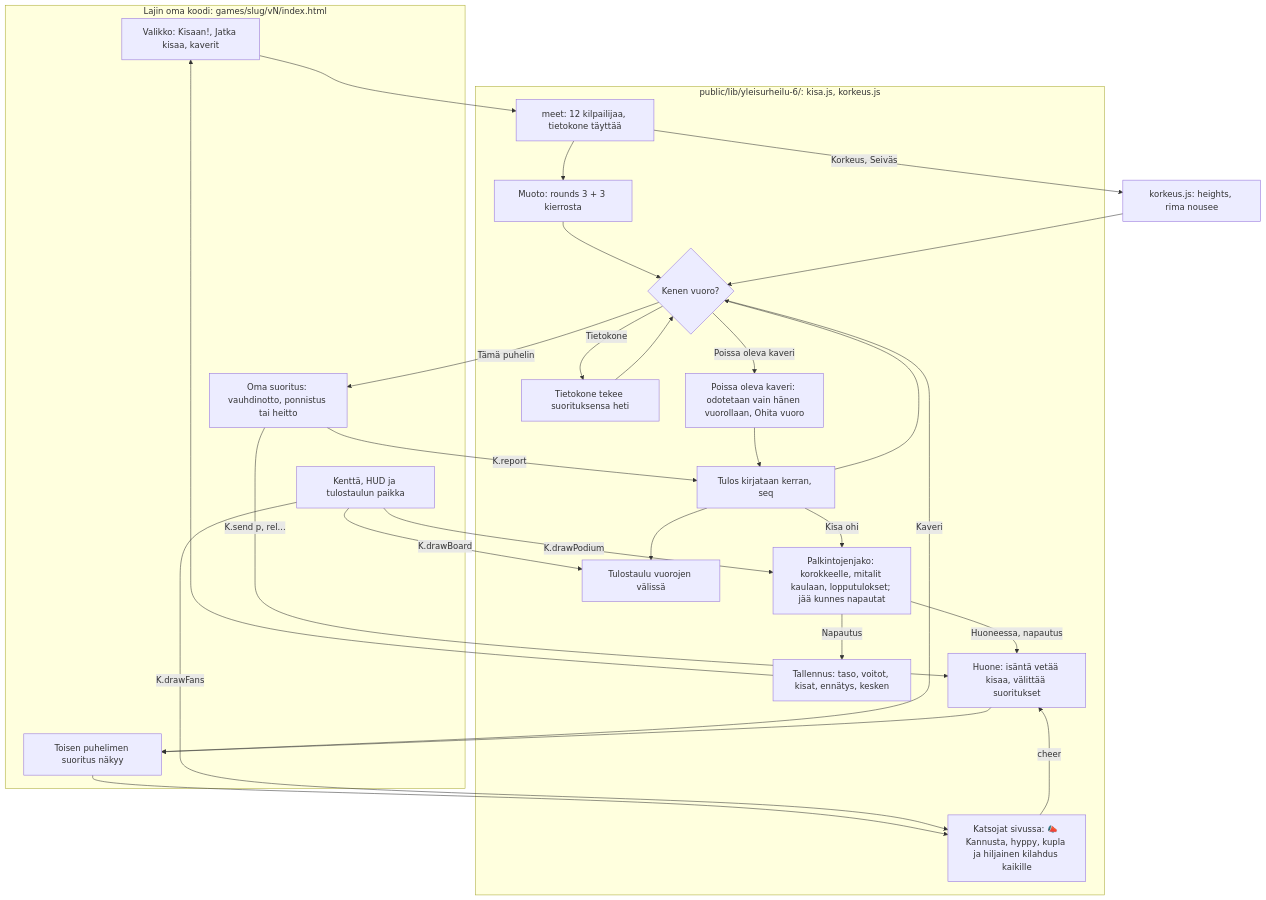
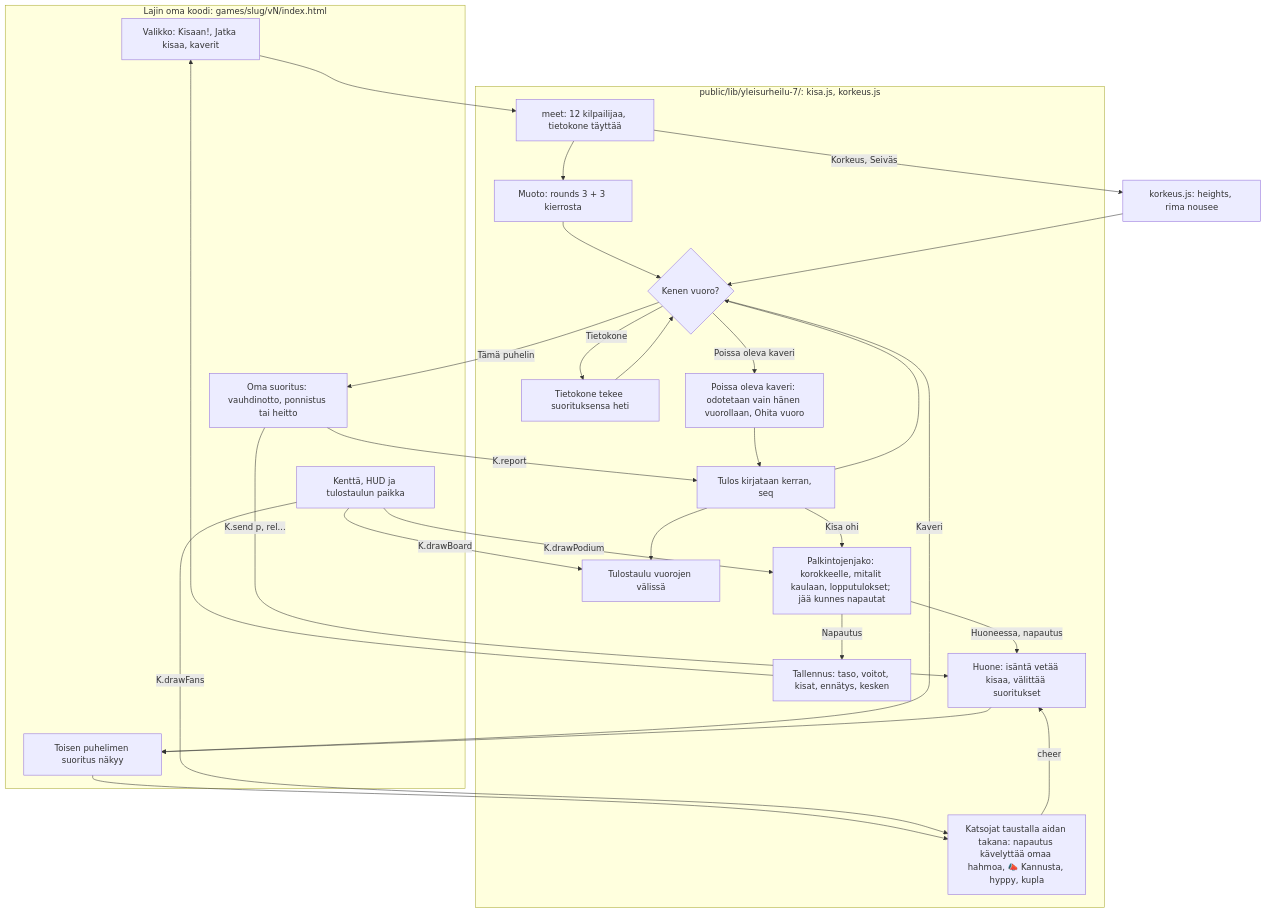
The diagram in docs/diagrams/yleisurheilu-kirjasto.md (eerovil/ai-pelit), drawn with Mermaid before and after one commit. The commit also changed other lines of this file and 25 other files, not shown here.

````diff
--- a/docs/diagrams/yleisurheilu-kirjasto.md
+++ b/docs/diagrams/yleisurheilu-kirjasto.md
@@ -20,46 +23,46 @@
 ```mermaid
 flowchart TD
   subgraph Peli[Lajin oma koodi: games/slug/vN/index.html]
     G1[Valikko: Kisaan!, Jatka kisaa, kaverit]
     G2[Oma suoritus: vauhdinotto, ponnistus tai heitto]
     G3[Toisen puhelimen suoritus näkyy]
     G4[Kenttä, HUD ja tulostaulun paikka]
   end
-  subgraph Kirjasto[public/lib/yleisurheilu-6/: kisa.js, korkeus.js]
+  subgraph Kirjasto[public/lib/yleisurheilu-7/: kisa.js, korkeus.js]
     K1[meet: 12 kilpailijaa, tietokone täyttää]
     K2[Muoto: rounds 3 + 3 kierrosta]
     K3{Kenen vuoro?}
     K4[Tietokone tekee suorituksensa heti]
     K5[Tulos kirjataan kerran, seq]
     K6[Tulostaulu vuorojen välissä]
     K9[Palkintojenjako: korokkeelle, mitalit kaulaan, lopputulokset; jää kunnes napautat]
     K7[Tallennus: taso, voitot, kisat, ennätys, kesken]
     K8[Huone: isäntä vetää kisaa, välittää suoritukset]
-    K10[Katsojat sivussa: 📣 Kannusta, hyppy, kupla ja hiljainen kilahdus kaikille]
+    K10[Katsojat taustalla aidan takana: napautus kävelyttää omaa hahmoa, 📣 Kannusta, hyppy, kupla]
     K11[Poissa oleva kaveri: odotetaan vain hänen vuorollaan, Ohita vuoro]
   end
   G1 --> K1 --> K2 --> K3
   K1 -- Korkeus, Seiväs --> H1[korkeus.js: heights, rima nousee]
   H1 --> K3
   K3 -- Tietokone --> K4 --> K3
   K3 -- Poissa oleva kaveri --> K11 --> K5
   K3 -- Tämä puhelin --> G2
   K3 -- Kaveri --> G3
   G3 --> K10
   G4 -- K.drawFans --> K10
   K10 -- cheer --> K8
   G2 -- K.report --> K5
   G2 -- K.send p, rel... --> K8 --> G3
   K5 --> K3
   K5 --> K6
   K5 -- Kisa ohi --> K9
   K9 -- Napautus --> K7 --> G1
   K9 -- Huoneessa, napautus --> K8
   G4 -- K.drawBoard --> K6
   G4 -- K.drawPodium --> K9
   class G1,G2,G4 blue
   class G3,K8,K10,K11 violet
   class K3 amber
   class K1,K2,K4,K5,H1 teal
   class K6,K7,K9 green
 ```
````
